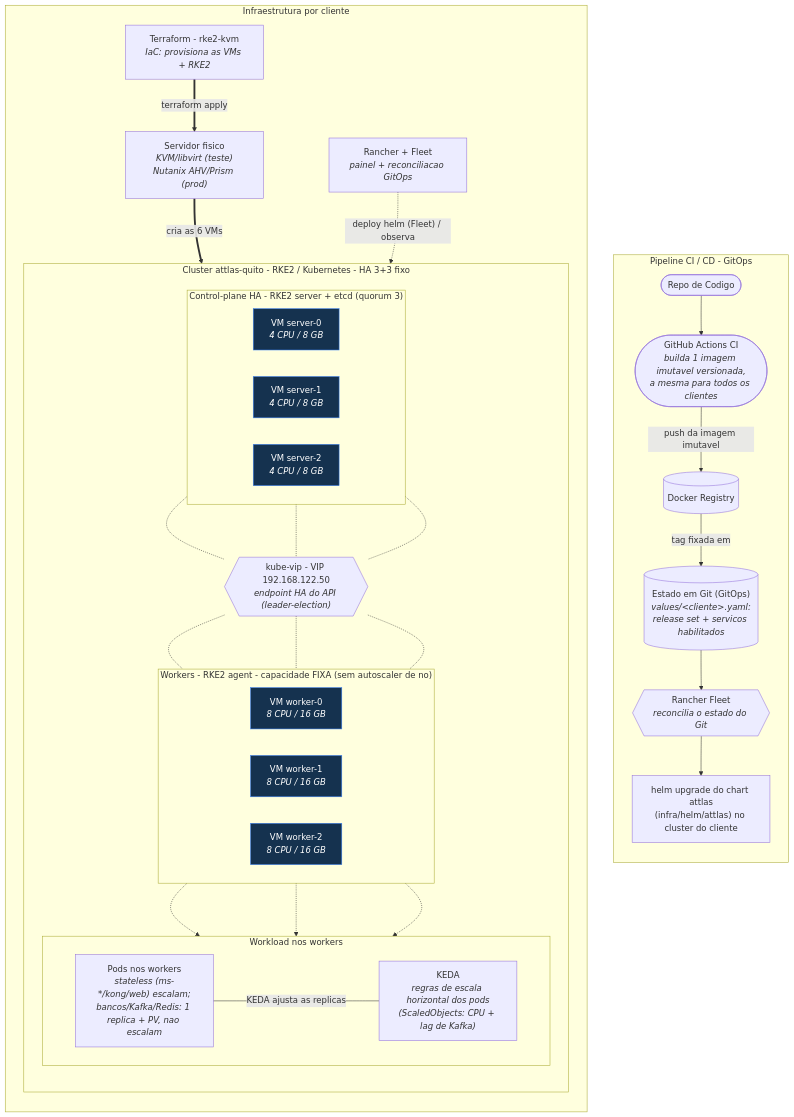
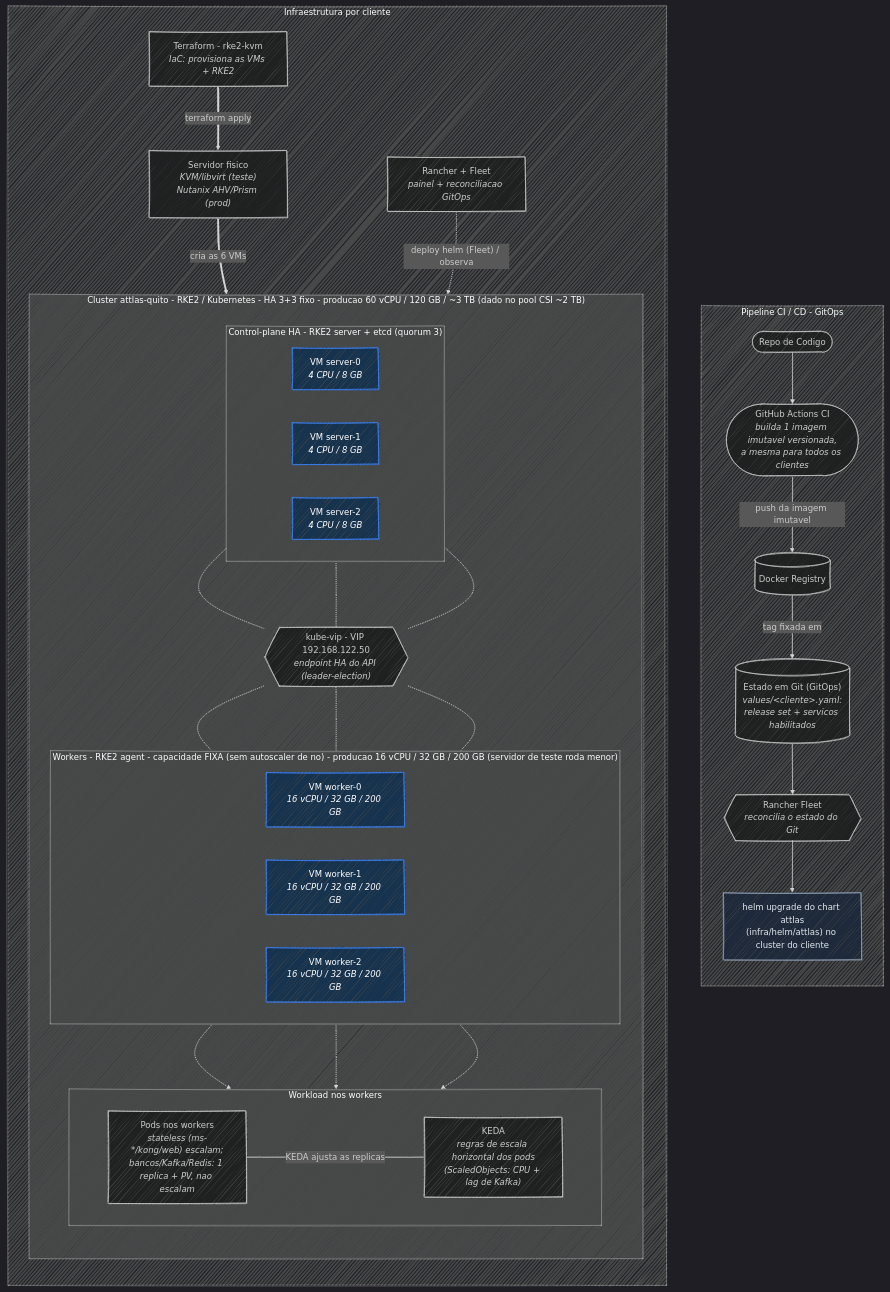
Before and after one commit to afonsoburginski/obsidian: the diagram in Docs/Kubernetes/arquitetura.md, drawn with Mermaid. The commit also changed other lines of this file and 104 other files, not shown here.

````diff
--- a/Docs/Kubernetes/arquitetura.md
+++ b/Docs/Kubernetes/arquitetura.md
@@ -12,58 +12,70 @@
 ```mermaid
+---
+config:
+  layout: dagre
+  look: handDrawn
+  theme: dark
+  flowchart:
+    nodeSpacing: 60
+    rankSpacing: 70
+---
 flowchart TB
 
+%% BLOCO A — Pipeline CI/CD (GitOps)
 subgraph PIPE[" Pipeline CI / CD  -  GitOps "]
     direction TB
     CODE(["Repo de Codigo"])
     GHA(["GitHub Actions CI<br/><i>builda 1 imagem imutavel versionada,<br/>a mesma para todos os clientes</i>"])
     REG[("Docker Registry")]
     GIT[("Estado em Git (GitOps)<br/><i>values/&lt;cliente&gt;.yaml:<br/>release set + servicos habilitados</i>")]
     FLEET{{"Rancher Fleet<br/><i>reconcilia o estado do Git</i>"}}
-    OUT["helm upgrade do chart attlas<br/>(infra/helm/attlas) no cluster do cliente"]
+    OUT["helm upgrade do chart attlas<br/>(infra/helm/attlas) no cluster do cliente"]:::edge
     CODE --> GHA -->|"push da imagem imutavel"| REG -->|"tag fixada em"| GIT --> FLEET --> OUT
 end
 
+%% BLOCO B — Infraestrutura por cliente (servidor -> cluster)
 subgraph INFRA[" Infraestrutura por cliente "]
     direction TB
     RAN["Rancher + Fleet<br/><i>painel + reconciliacao GitOps</i>"]
     HV["Servidor fisico<br/><i>KVM/libvirt (teste)<br/>Nutanix AHV/Prism (prod)</i>"]
     TF["Terraform - rke2-kvm<br/><i>IaC: provisiona as VMs + RKE2</i>"]
     TF ==>|"terraform apply"| HV
     HV ==>|"cria as 6 VMs"| CID
     RAN -.->|"deploy helm (Fleet) / observa"| CID
 
-    subgraph CID[" Cluster attlas-quito  -  RKE2 / Kubernetes  -  HA 3+3 fixo "]
+    subgraph CID[" Cluster attlas-quito  -  RKE2 / Kubernetes  -  HA 3+3 fixo  -  producao 60 vCPU / 120 GB / ~3 TB (dado no pool CSI ~2 TB) "]
         direction TB
         subgraph CPLANE["Control-plane HA  -  RKE2 server + etcd (quorum 3)"]
             direction LR
             S0["VM server-0<br/><i>4 CPU / 8 GB</i>"]:::vm
             S1["VM server-1<br/><i>4 CPU / 8 GB</i>"]:::vm
             S2["VM server-2<br/><i>4 CPU / 8 GB</i>"]:::vm
         end
         VIP{{"kube-vip - VIP 192.168.122.50<br/><i>endpoint HA do API (leader-election)</i>"}}
-        subgraph WORKERS["Workers  -  RKE2 agent  -  capacidade FIXA (sem autoscaler de no)"]
+        subgraph WORKERS["Workers  -  RKE2 agent  -  capacidade FIXA (sem autoscaler de no)  -  producao 16 vCPU / 32 GB / 200 GB (servidor de teste roda menor)"]
             direction LR
-            W0["VM worker-0<br/><i>8 CPU / 16 GB</i>"]:::vm
-            W1["VM worker-1<br/><i>8 CPU / 16 GB</i>"]:::vm
-            W2["VM worker-2<br/><i>8 CPU / 16 GB</i>"]:::vm
+            W0["VM worker-0<br/><i>16 vCPU / 32 GB / 200 GB</i>"]:::vm
+            W1["VM worker-1<br/><i>16 vCPU / 32 GB / 200 GB</i>"]:::vm
+            W2["VM worker-2<br/><i>16 vCPU / 32 GB / 200 GB</i>"]:::vm
         end
         subgraph SCALE[" Workload nos workers "]
             direction LR
             POD["Pods nos workers<br/><i>stateless (ms-*/kong/web) escalam;<br/>bancos/Kafka/Redis: 1 replica + PV, nao escalam</i>"]
             KEDA["KEDA<br/><i>regras de escala horizontal dos pods<br/>(ScaledObjects: CPU + lag de Kafka)</i>"]
             POD ---|"KEDA ajusta as replicas"| KEDA
         end
         S0 -.- VIP
         S1 -.- VIP
         S2 -.- VIP
         VIP -.- W0
         VIP -.- W1
         VIP -.- W2
         W0 -.-> SCALE
         W1 -.-> SCALE
         W2 -.-> SCALE
     end
 end
 
 classDef vm fill:#15324f,stroke:#3b82f6,color:#fff
+classDef edge fill:#1e293b,stroke:#94a3b8,color:#e2e8f0
 ```
````
